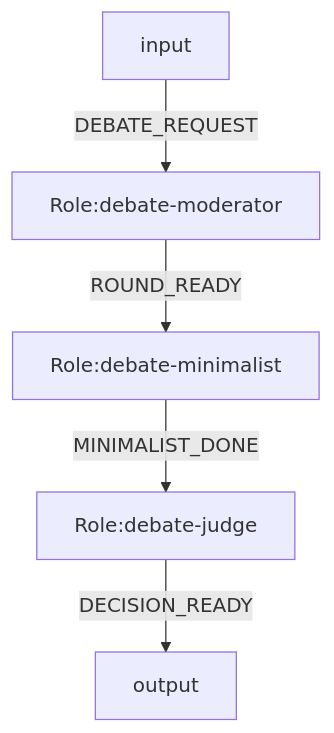
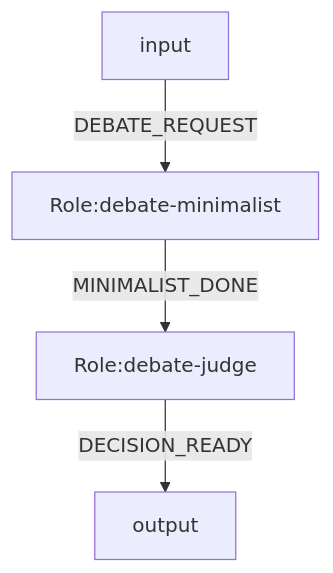
The diagram in examples/target-model-binding-system.mmd (Fredericzhou/ogsystem), drawn with Mermaid before and after one commit. The commit also changed 69 other files, not shown here.

```diff
--- a/examples/target-model-binding-system.mmd
+++ b/examples/target-model-binding-system.mmd
@@ -1,13 +1,11 @@
 flowchart TD
 %% system.id=demo.target.model.binding
 %% system.version=1.0.0
 %% law.global=law.console.base
-%% entry.role=debate-moderator
-%% model.bind.debate-moderator=fast-gpt54
-%% model.bind.debate-minimalist=claude-sonnet
+%% entry.role=debate-minimalist
+%% model.bind.debate-minimalist=balanced-gpt52
 %% model.bind.debate-judge=deep-o3
 
-input -->|DEBATE_REQUEST| debate-moderator[Role:debate-moderator]
-debate-moderator[Role:debate-moderator] -->|ROUND_READY| debate-minimalist[Role:debate-minimalist]
+input -->|DEBATE_REQUEST| debate-minimalist[Role:debate-minimalist]
 debate-minimalist[Role:debate-minimalist] -->|MINIMALIST_DONE| debate-judge[Role:debate-judge]
 debate-judge[Role:debate-judge] -->|DECISION_READY| output
```
